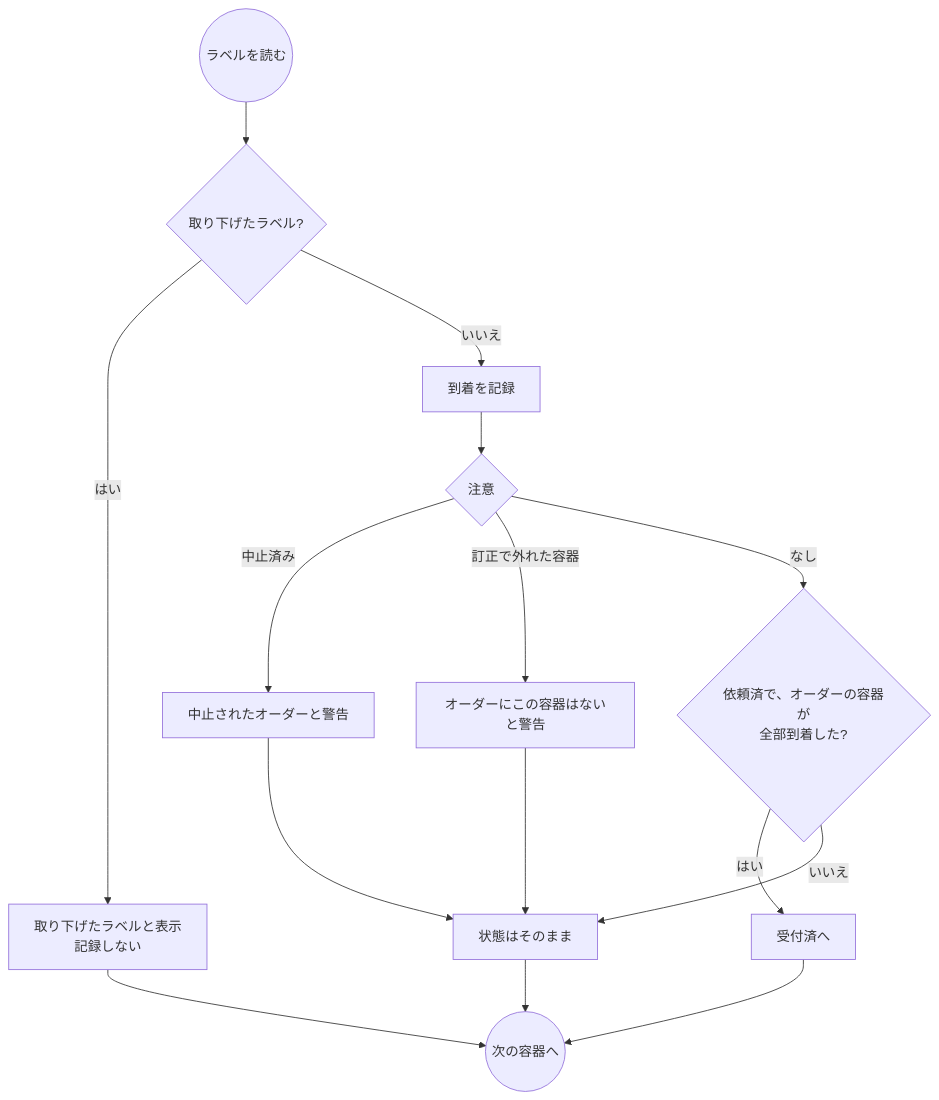
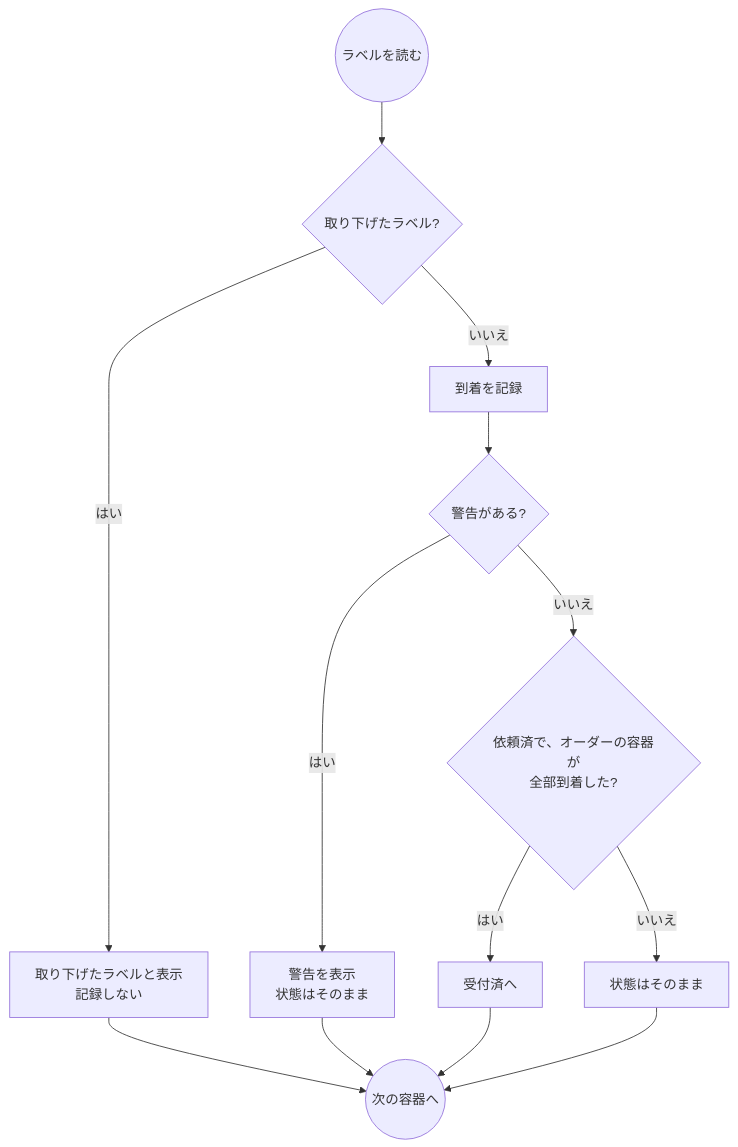
Before and after one commit to ysnr-dev/fhir-client-docs: the fourth of 6 diagrams in docs/flows/micro.md, drawn with Mermaid. The commit also changed other lines of this file and 43 other files, not shown here.

Commit message:
docs: 業務フローとシーケンス図を写し直し

````diff
--- a/docs/flows/micro.md
+++ b/docs/flows/micro.md
@@ -156,23 +182,21 @@
 ```mermaid
 flowchart TD
   scan(("ラベルを読む"))
   withdrawn{"取り下げたラベル?"}
   reject["取り下げたラベルと表示<br/>記録しない"]
   record["到着を記録"]
-  warn{"注意"}
-  warnCancelled["中止されたオーダーと警告"]
-  warnRemoved["オーダーにこの容器はないと警告"]
+  check{"警告がある?"}
+  warned["警告を表示<br/>状態はそのまま"]
   all{"依頼済で、オーダーの容器が<br/>全部到着した?"}
   accepted["受付済へ"]
   keep["状態はそのまま"]
   next(("次の容器へ"))
 
   scan --> withdrawn
   withdrawn -- "はい" --> reject --> next
-  withdrawn -- "いいえ" --> record --> warn
-  warn -- "中止済み" --> warnCancelled --> keep
-  warn -- "訂正で外れた容器" --> warnRemoved --> keep
-  warn -- "なし" --> all
+  withdrawn -- "いいえ" --> record --> check
+  check -- "はい" --> warned --> next
+  check -- "いいえ" --> all
   all -- "はい" --> accepted --> next
   all -- "いいえ" --> keep --> next
 ```
````
